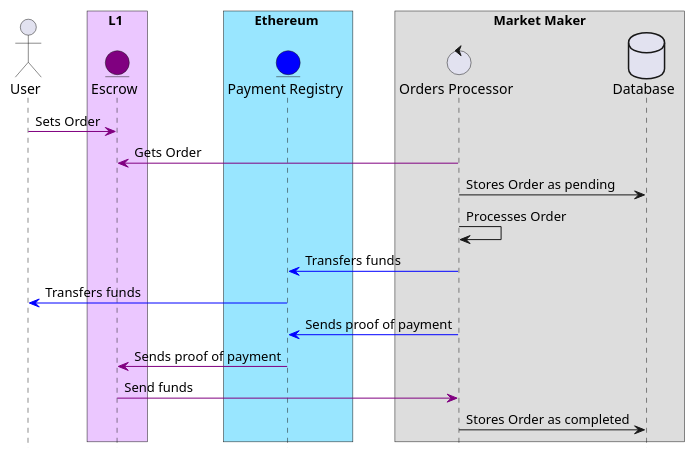
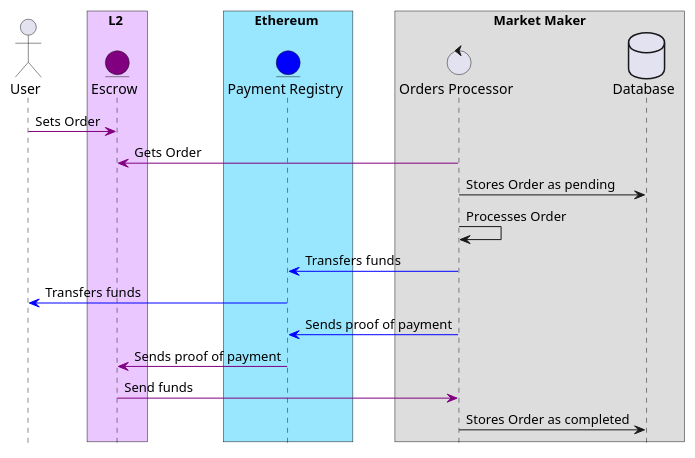
The diagram in docs/mm_bot/diagrams/order_processing.puml (yetanotherco/yet-another-bridge), drawn with PlantUML before and after one commit. The commit also changed 2 other files, not shown here.

```diff
--- a/docs/mm_bot/diagrams/order_processing.puml
+++ b/docs/mm_bot/diagrams/order_processing.puml
@@ -1,26 +1,26 @@
 @startuml
 hide footbox
 actor User as U
-box L1 #ebc7ff
+box L2 #ebc7ff
 entity Escrow as E #purple
 end box
 box Ethereum #99e6ff
 entity "Payment Registry" as PR #blue
 box "Market Maker"
 control "Orders Processor" as OP
 database Database
 end box
 
 U -[#purple]> E : Sets Order
 OP -[#purple]> E : Gets Order
 OP -> Database : Stores Order as pending
 OP -> OP : Processes Order
 OP -[#blue]> PR : Transfers funds
 PR -[#blue]> U: Transfers funds
 OP -[#blue]> PR : Sends proof of payment
 PR -[#purple]> E : Sends proof of payment
 E -[#purple]> OP : Send funds
 OP -> Database : Stores Order as completed
 
 
 @enduml
```
